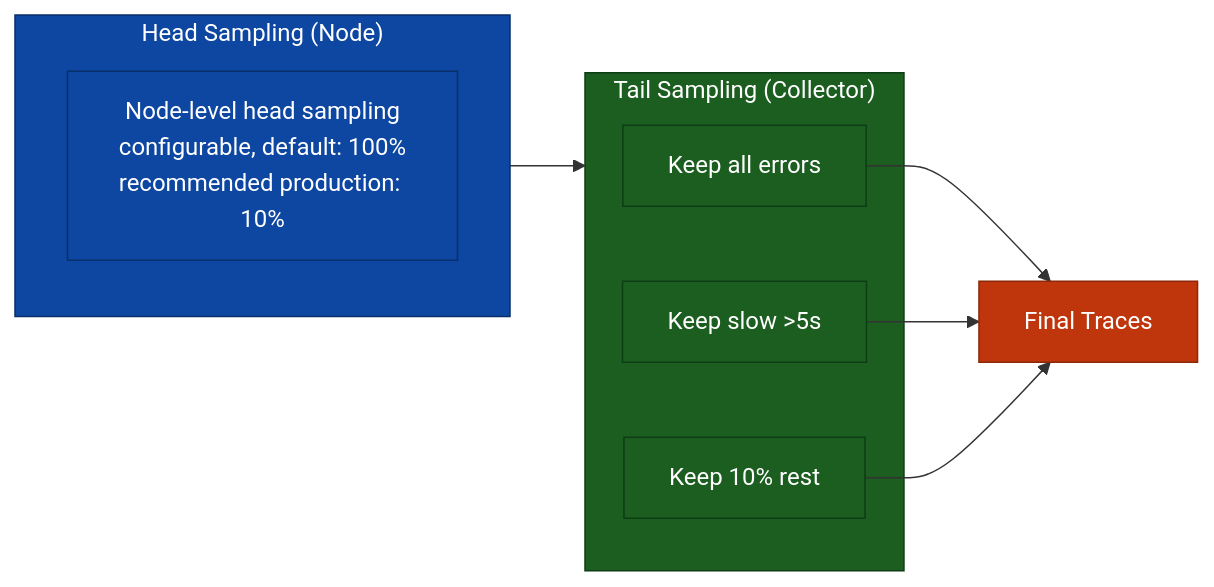
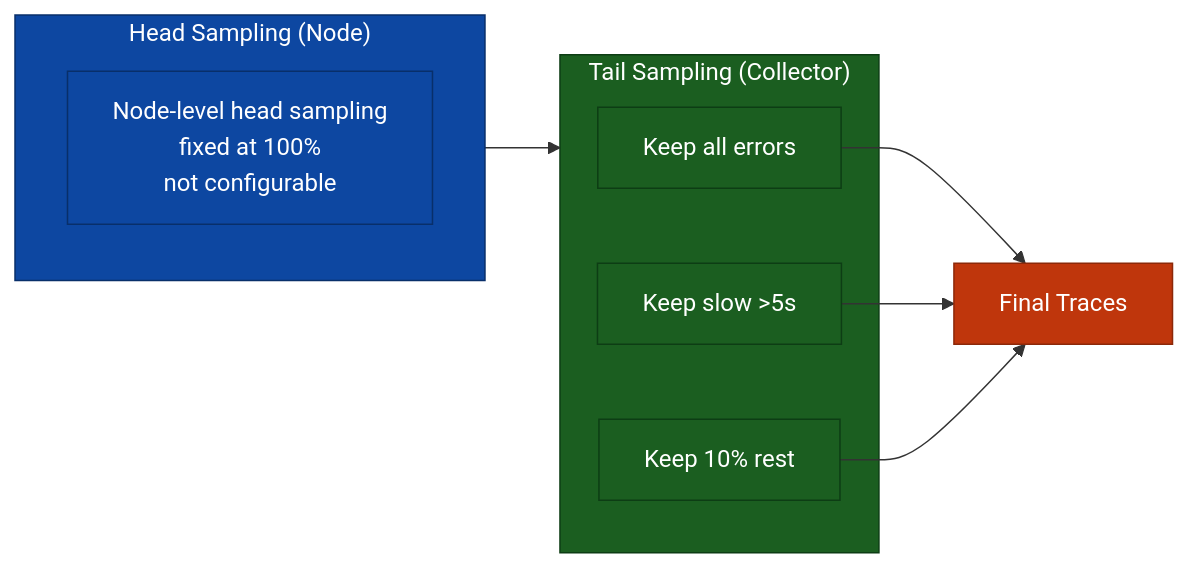
The third of 4 diagrams in OpenTelemetryPlan/07-observability-backends.md (XRPLF/rippled), drawn with Mermaid before and after one commit. The commit also changed other lines of this file and 4 other files, not shown here.

First line of the commit message:
docs(telemetry): fix head sampling at 1.0, remove configurable ratio

````diff
--- a/OpenTelemetryPlan/07-observability-backends.md
+++ b/OpenTelemetryPlan/07-observability-backends.md
@@ -171,26 +171,26 @@
 ```mermaid
 flowchart LR
     subgraph head["Head Sampling (Node)"]
-        hs[Node-level head sampling<br/>configurable, default: 100%<br/>recommended production: 10%]
+        hs[Node-level head sampling<br/>fixed at 100%<br/>not configurable]
     end
 
     subgraph tail["Tail Sampling (Collector)"]
         ts1[Keep all errors]
         ts2[Keep slow >5s]
         ts3[Keep 10% rest]
     end
 
     head --> tail
 
     ts1 --> final[Final Traces]
     ts2 --> final
     ts3 --> final
 
     style head fill:#0d47a1,stroke:#082f6a,color:#fff
     style tail fill:#1b5e20,stroke:#0d3d14,color:#fff
     style hs fill:#0d47a1,stroke:#082f6a,color:#fff
     style ts1 fill:#1b5e20,stroke:#0d3d14,color:#fff
     style ts2 fill:#1b5e20,stroke:#0d3d14,color:#fff
     style ts3 fill:#1b5e20,stroke:#0d3d14,color:#fff
     style final fill:#bf360c,stroke:#8c2809,color:#fff
 ```
````
